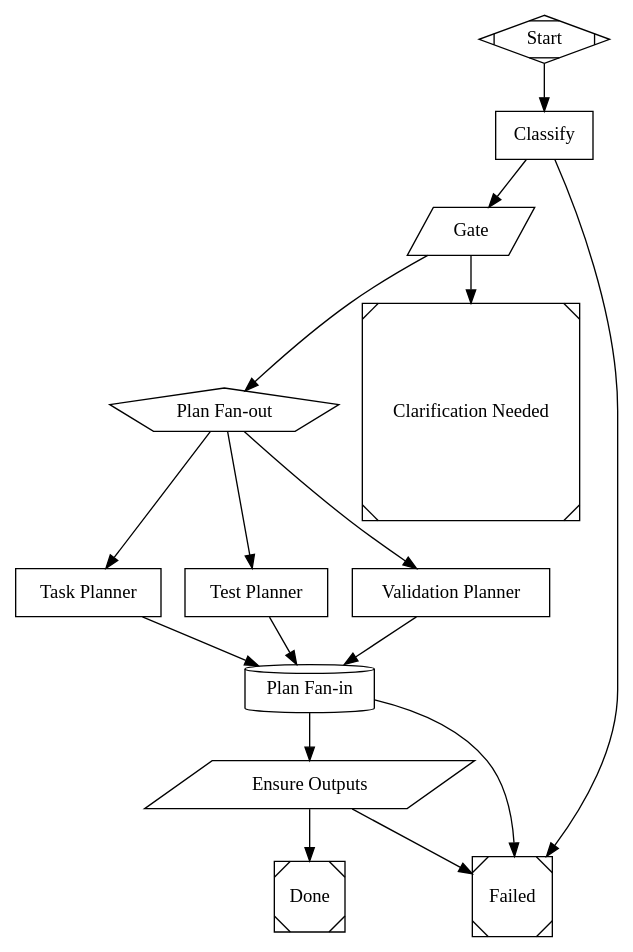
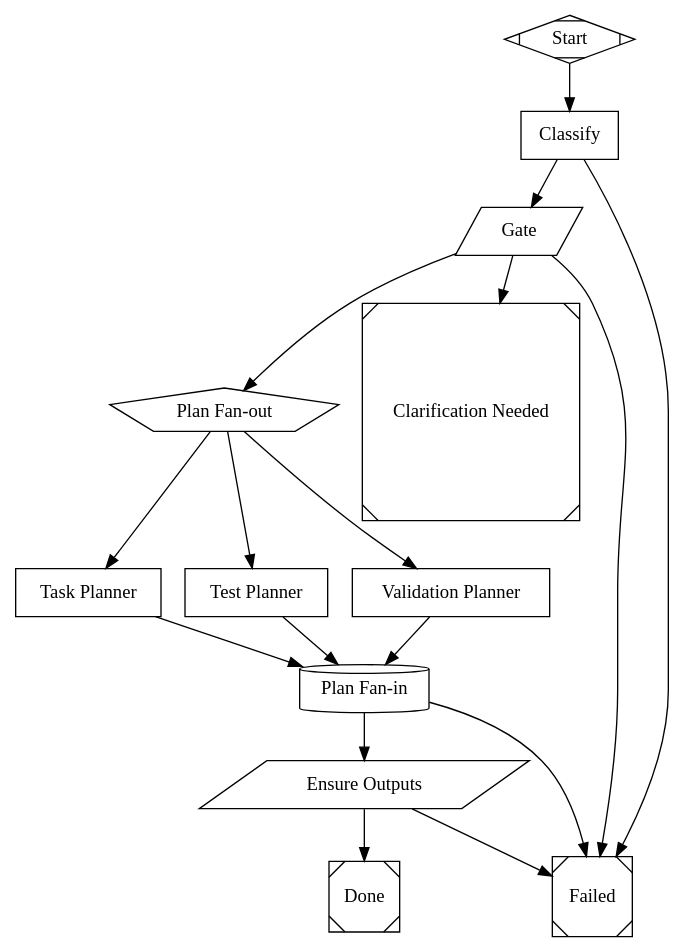
The diagram in workflows/plan/graph.dot (mattleaverton/kilroy), drawn with Graphviz before and after one commit. The commit also changed 3 other files, not shown here.

First line of the commit message:
workflows/plan: real single-call classifier + clean gate routing

```diff
--- a/workflows/plan/graph.dot
+++ b/workflows/plan/graph.dot
@@ -1,95 +1,99 @@
 // plan: intake/classify via single API call, then fan out to three parallel
 // planning agents when the goal is ready to implement.
 
 digraph plan {
     graph [
         inputs="goal",
-        outputs="plan-status.json,task-packet.md,testing-plan.md,validation-plan.md",
-        model_stylesheet="
-            * { agent_class: quick_easy; }
-        "
+        outputs="plan-status.json,task-packet.md,testing-plan.md,validation-plan.md"
     ]
 
     start [shape=Mdiamond, label="Start"]
 
     // Single API call: classify the goal and output plan-status.json JSON.
-    // auto_status skips the status.json requirement since one_shot can't write files.
-    // Input materialization preamble injects goal/clarifications/preferences content.
+    // agent_class="quickapi" resolves to a fast SDK/API model with a
+    // cross-provider fallback chain; agent_mode="one_shot" keeps it a single
+    // HTTP call. auto_status skips the status.json requirement since one_shot
+    // can't write files. Input materialization preamble injects
+    // goal/clarifications/preferences content.
     classifier [
         shape=box,
         label="Classify",
         agent_mode="one_shot",
         auto_status="true",
-        llm_provider="anthropic",
-        llm_model="claude-sonnet-4-6",
-        prompt="Classify this goal and produce a plan-status.json response.\n\nThe inputs section above contains the goal and any clarifications or preferences the user provided.\n\nClassification rules:\n- If no clarifications are present AND the goal does not say 'proceed', 'no questions', 'use your judgment', 'dealer's choice', or similar: status MUST be NEEDS_CLARIFICATION. Ask at most 3 high-leverage questions, each with a recommended default that would let the user proceed quickly.\n- If clarifications are present or the goal explicitly waives questions: classify as READY_TO_IMPLEMENT (or NEEDS_DECOMPOSITION / ESCALATE_RISK if warranted).\n- NEEDS_DECOMPOSITION: the work is too large for a single implement run; describe the first decomposition wave.\n- ESCALATE_RISK: the next step could spend meaningful money, deploy to prod, delete data, or cause irreversible harm without explicit authorization.\n- READY_TO_IMPLEMENT: the goal is concrete, scoped, and safe to hand to implement.\n\nOutput ONLY valid JSON — no markdown, no explanation, no code fences. The JSON must match this schema exactly:\n{\n  \"status\": \"NEEDS_CLARIFICATION\" | \"READY_TO_IMPLEMENT\" | \"NEEDS_DECOMPOSITION\" | \"ESCALATE_RISK\",\n  \"classification\": \"bug\" | \"feature\" | \"investigation\" | \"greenfield\" | \"validation\" | \"maintenance\" | \"unknown\",\n  \"questions\": [{\"question\": \"...\", \"recommended_default\": \"...\", \"why_it_matters\": \"...\"}],\n  \"assumptions\": [\"...\"],\n  \"risk_flags\": [\"...\"],\n  \"session_notes\": \"...\"\n}\n\nquestions must be an array even when empty. All fields are required."
+        agent_class="quickapi",
+        prompt="Classify this goal and output a single JSON object — nothing else.\n\nThe inputs section above contains the goal and any clarifications or preferences the user provided.\n\nClassification rules:\n- If no clarifications are present AND the goal does not say 'proceed', 'no questions', 'use your judgment', 'dealer's choice', or similar: status MUST be NEEDS_CLARIFICATION. Ask at most 3 high-leverage questions, each with a recommended default that would let the user proceed quickly.\n- If clarifications are present or the goal explicitly waives questions: classify as READY_TO_IMPLEMENT (or NEEDS_DECOMPOSITION / ESCALATE_RISK if warranted).\n- NEEDS_DECOMPOSITION: the work is too large for a single implement run; describe the first decomposition wave.\n- ESCALATE_RISK: the next step could spend meaningful money, deploy to prod, delete data, or cause irreversible harm without explicit authorization.\n- READY_TO_IMPLEMENT: the goal is concrete, scoped, and safe to hand to implement.\n\nYour entire response must be a single JSON object. Start with { and end with }. No preamble, no explanation, no code fences.\n\nSchema:\n{\n  \"status\": \"NEEDS_CLARIFICATION\" | \"READY_TO_IMPLEMENT\" | \"NEEDS_DECOMPOSITION\" | \"ESCALATE_RISK\",\n  \"classification\": \"bug\" | \"feature\" | \"investigation\" | \"greenfield\" | \"validation\" | \"maintenance\" | \"unknown\",\n  \"questions\": [{\"question\": \"...\", \"recommended_default\": \"...\", \"why_it_matters\": \"...\"}],\n  \"assumptions\": [\"...\"],\n  \"risk_flags\": [\"...\"],\n  \"session_notes\": \"...\"\n}\n\nquestions must be an array even when empty. All fields are required."
     ]
 
-    // Read classifier response from logs, write plan-status.json, route on readiness.
+    // Parse the classifier's raw response into plan-status.json. Prints "ready"
+    // or "clarify" to stdout (surfaced as context.tool.output for routing); a
+    // genuine error (missing/unparseable response) exits non-zero -> outcome=fail.
     gate [
         shape=parallelogram,
         label="Gate",
         tool_command="bash .kilroy/package/scripts/gate.sh"
     ]
 
     // Concurrent fan-out: three parallel planning agents in the same workspace.
     fan_out [shape=pentagon, concurrent_id="planning", label="Plan Fan-out"]
 
     task_planner [
         shape=box,
         label="Task Planner",
         agent_class="quick_easy",
         prompt="Write task-packet.md for the coding implement workflow.\n\nRead .kilroy/INPUT.md and plan-status.json. The ## goal section (and ## clarifications / ## preferences if present) describe what to build.\n\nWrite task-packet.md with these sections:\n## Intent\nWhat should become true when this task is complete? (2-4 sentences)\n\n## Source\nWhere did this come from? User request / bug / ticket / prior run.\n\n## Scope\nExact repos, packages, files, or features in scope.\n\n## Non-goals\nWhat to leave alone. Be specific.\n\n## Starting Evidence\nHow to reproduce the bug or observe current behavior. Concrete commands, logs, URLs if known. If nothing is known, say so.\n\n## Implementation Direction\nThe approach to take. Specific enough that a coding agent can start without guessing.\n\n## No-op / Escalation Rules\nWhen no code change is the right answer. When a human must approve.\n\n## Budget / Risk\nAllowed network, external API calls, destructive actions, staging/prod deploys.\n\nKeep each section concrete and actionable. Do not pad with generic advice.\n\nWhen finished, write {\"status\":\"success\"} to $KILROY_STAGE_STATUS_PATH or $KILROY_STAGE_STATUS_FALLBACK_PATH if that fails."
     ]
 
     test_planner [
         shape=box,
         label="Test Planner",
         agent_class="quick_easy",
         prompt="Write testing-plan.md for the coding implement workflow.\n\nRead .kilroy/INPUT.md and plan-status.json. The ## goal section describes what is being built.\n\nBefore writing, if there is a package.json in the workspace, read it and list only the scripts that actually exist. Never invent npm script names.\n\nWrite testing-plan.md with these sections:\n## Unit / Integration Tests\nSpecific test files or test commands to run. Name the actual test runner (pytest, go test, jest, etc.). If the repo has no test framework, say so.\n\n## Build Check\nThe exact command to verify the project builds (go build ./..., npm run check, cargo build, etc.). Prefer existing CI-level check scripts over raw compilers.\n\n## Lint / Type Check\nIf the project has a lint or type-check command, name it. If not, say so.\n\n## Coverage Obligation\nWhat the implement loop MUST verify passes before the critic can say COMPLETE. Be specific: 'go test ./... must pass' beats 'tests should pass'.\n\n## Known Gaps\nThings we cannot test automatically and why.\n\nDo not invent scripts. Ground every command in what the project actually has.\n\nWhen finished, write {\"status\":\"success\"} to $KILROY_STAGE_STATUS_PATH or $KILROY_STAGE_STATUS_FALLBACK_PATH if that fails."
     ]
 
     validation_planner [
         shape=box,
         label="Validation Planner",
         agent_class="quick_easy",
         prompt="Write validation-plan.md for the external validate workflow.\n\nRead .kilroy/INPUT.md and plan-status.json. The ## goal section describes what is being built.\n\nThe validate workflow runs AFTER implementation, in a real environment, using real interactions. It is NOT about unit tests — it is about proving the delivered behavior works from the outside, the same way a real user or operator would interact with it.\n\nWrite validation-plan.md with these sections:\n## What Success Looks Like\n2-4 sentences: what observable, external behavior proves the task is done?\n\n## Validation Scenarios\nNumbered list of concrete scenarios. Each scenario must specify:\n- Starting condition\n- Action to take (exact CLI command, curl call, browser step, log to check)\n- Expected result\n\n## Environment Requirements\nWhat must be running, installed, or configured for validation to succeed? (server started, DB seeded, env vars set, etc.)\n\n## Validation Commands\nIf validation can be partially or fully automated, list the exact commands. Prefer curl, CLI invocations, or script runs over vague 'check the UI' instructions.\n\n## Residual Risk\nWhat this plan cannot prove, and why. What would require a human to verify.\n\nThe validate workflow will have access to shell, curl, and browser tools. Write the plan so a validate agent can follow it step by step without guessing.\n\nWhen finished, write {\"status\":\"success\"} to $KILROY_STAGE_STATUS_PATH or $KILROY_STAGE_STATUS_FALLBACK_PATH if that fails."
     ]
 
     fan_in [shape=cylinder, concurrent_id="planning", label="Plan Fan-in"]
 
     ensure_outputs [
         shape=parallelogram,
         label="Ensure Outputs",
         tool_command="bash .kilroy/package/scripts/ensure-outputs.sh"
     ]
 
-    // Reached when gate exits non-zero (NEEDS_CLARIFICATION / NEEDS_DECOMPOSITION / ESCALATE_RISK).
+    // Reached when the gate routes "clarify" (NEEDS_CLARIFICATION / NEEDS_DECOMPOSITION / ESCALATE_RISK).
     // Not a fail terminal — the run succeeded; it returned a structured non-ready status.
     clarified [shape=Msquare, label="Clarification Needed"]
 
     done   [shape=Msquare, label="Done"]
     failed [shape=Msquare, terminal_status="fail", label="Failed",
             failure_reason="plan_failed"]
 
     start      -> classifier
     classifier -> gate       [condition="outcome=success"]
     classifier -> failed     [condition="outcome!=success"]
 
-    gate -> fan_out   [condition="outcome=success"]
-    gate -> clarified [condition="outcome!=success"]
+    gate -> clarified [condition="context.tool.output=clarify"]
+    gate -> failed    [condition="outcome=fail"]
+    // Unconditional fallback: proceed to planning. The gate prints "ready" to
+    // route here; "clarify" and genuine errors are caught by the edges above.
+    gate -> fan_out
 
     fan_out -> task_planner
     fan_out -> test_planner
     fan_out -> validation_planner
 
     task_planner       -> fan_in
     test_planner       -> fan_in
     validation_planner -> fan_in
 
     fan_in -> ensure_outputs [condition="outcome=success"]
     fan_in -> failed         [condition="outcome!=success"]
 
     ensure_outputs -> done   [condition="outcome=success"]
     ensure_outputs -> failed [condition="outcome!=success"]
 }
```
